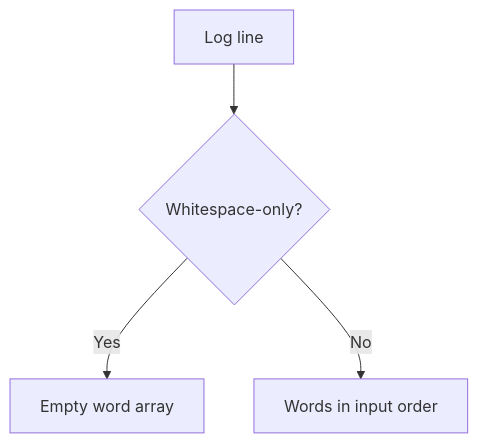
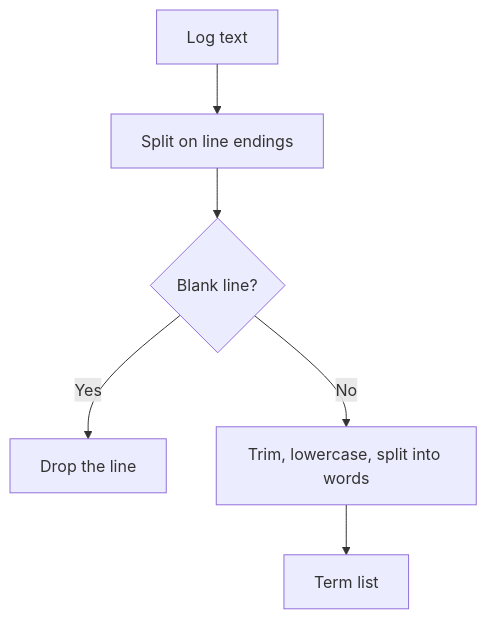
The diagram in docs/src/content/docs/guides/str.md (pplnd/core), drawn with Mermaid before and after one commit. The commit also changed other lines of this file and 63 other files, not shown here.

````diff
--- a/docs/src/content/docs/guides/str.md
+++ b/docs/src/content/docs/guides/str.md
@@ -28,6 +38,8 @@
 ```mermaid
 flowchart TD
-  Text["Log line"] --> Blank{"Whitespace-only?"}
-  Blank -->|Yes| Empty["Empty word array"]
-  Blank -->|No| Words["Words in input order"]
+  Text["Log text"] --> Lines["Split on line endings"]
+  Lines --> Blank{"Blank line?"}
+  Blank -->|Yes| Drop["Drop the line"]
+  Blank -->|No| Terms["Trim, lowercase, split into words"]
+  Terms --> Result["Term list"]
 ```
````
